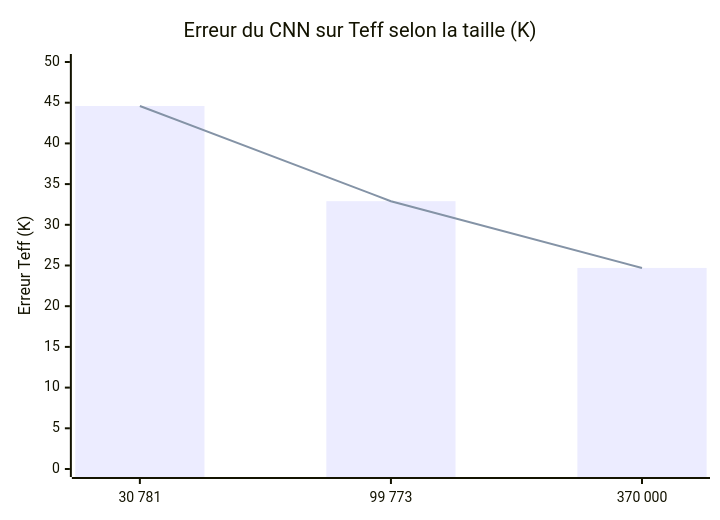
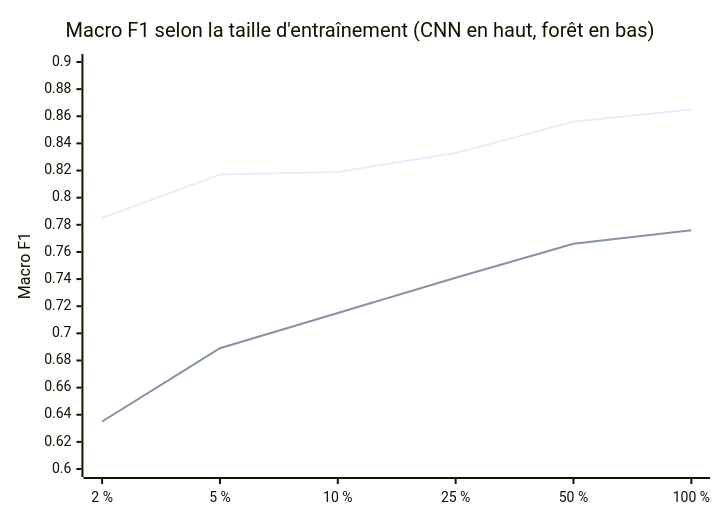
The ninth of 12 diagrams in README.md (imranakki/apogee-stars-370k), drawn with Mermaid before and after one commit. The commit also changed other lines of this file and 10 other files, not shown here.

Commit message:
Dépôt autonome : plus de références aux autres versions, effet de la taille d'entraînement, diagramme GMM en flowchart

````diff
--- a/README.md
+++ b/README.md
@@ -320,8 +306,8 @@
 ```mermaid
 xychart-beta
-    title "Erreur du CNN sur Teff selon la taille (K)"
-    x-axis ["30 781", "99 773", "370 000"]
-    y-axis "Erreur Teff (K)" 0 --> 50
-    bar [44.6, 32.9, 24.7]
-    line [44.6, 32.9, 24.7]
+    title "Macro F1 selon la taille d'entraînement (CNN en haut, forêt en bas)"
+    x-axis ["2 %", "5 %", "10 %", "25 %", "50 %", "100 %"]
+    y-axis "Macro F1" 0.6 --> 0.9
+    line [0.785, 0.817, 0.819, 0.833, 0.856, 0.865]
+    line [0.635, 0.689, 0.715, 0.741, 0.766, 0.776]
 ```
````
